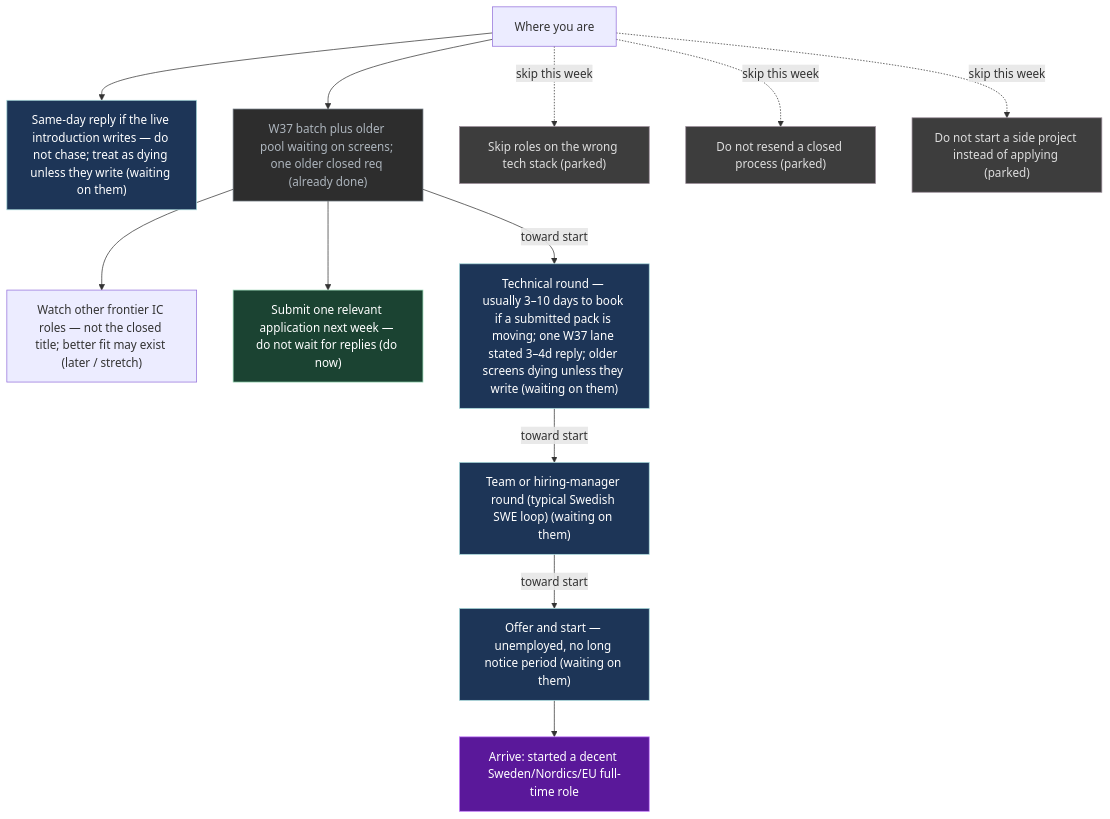
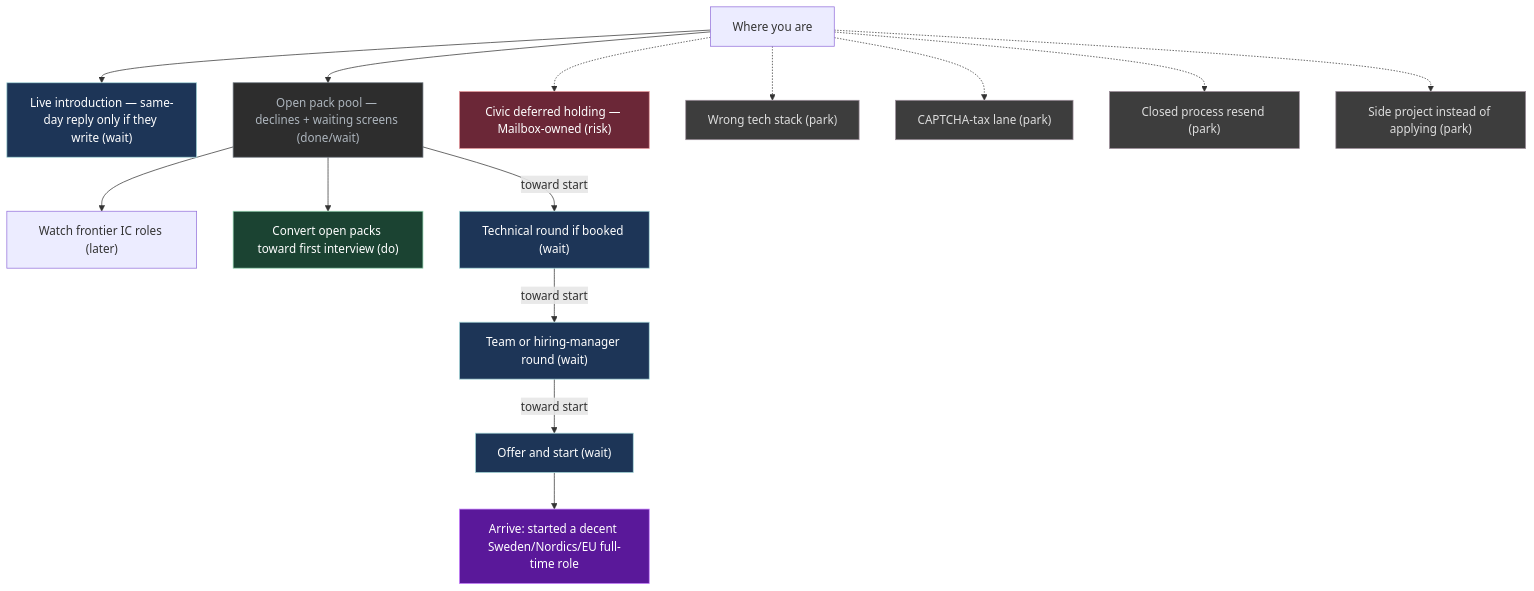
One commit to p10ns11y/life-os changed the diagram in UI/Mission.md. Above: the diagram before and after it, drawn with Mermaid. The commit also changed other lines of this file and 2 other files, not shown here.

First line of the commit message:
Scrub mission standing for W37 close: Wait + interview conversion

````diff
--- a/UI/Mission.md
+++ b/UI/Mission.md
@@ -67,36 +69,42 @@
 ```mermaid
 flowchart TB
   x["Where you are"]
   G["Arrive: started a decent Sweden/Nordics/EU full-time role"]
-  S0["Same-day reply if the live introduction writes — do not chase; treat as dying unless they write (waiting on them)"]
-  S1["W37 batch plus older pool waiting on screens; one older closed req (already done)"]
-  S2["Watch other frontier IC roles — not the closed title; better fit may exist (later / stretch)"]
-  S3["Submit one relevant application next week — do not wait for replies (do now)"]
-  S4["Technical round — usually 3–10 days to book if a submitted pack is moving; one W37 lane stated 3–4d reply; older screens dying unless they write (waiting on them)"]
-  S4b["Team or hiring-manager round (typical Swedish SWE loop) (waiting on them)"]
-  S5["Offer and start — unemployed, no long notice period (waiting on them)"]
-  P1["Skip roles on the wrong tech stack (parked)"]
-  P2["Do not resend a closed process (parked)"]
-  P3["Do not start a side project instead of applying (parked)"]
+  S0["Live introduction — same-day reply only if they write (wait)"]
+  S1["Open pack pool — declines + waiting screens (done/wait)"]
+  S2["Watch frontier IC roles (later)"]
+  S3["Convert open packs toward first interview (do)"]
+  S4["Technical round if booked (wait)"]
+  S4b["Team or hiring-manager round (wait)"]
+  S5["Offer and start (wait)"]
+  R1["Civic deferred holding — Mailbox-owned (risk)"]
+  P1["Wrong tech stack (park)"]
+  P2["CAPTCHA-tax lane (park)"]
+  P3["Closed process resend (park)"]
+  P4["Side project instead of applying (park)"]
   x --> S0
   x --> S1
   S1 --> S2
   S1 --> S3
   S1 -->|"toward start"| S4
   S4 -->|"toward start"| S4b
   S4b -->|"toward start"| S5
-  x -.->|"skip this week"| P1
-  x -.->|"skip this week"| P2
-  x -.->|"skip this week"| P3
+  x -.-> R1
+  x -.-> P1
+  x -.-> P2
+  x -.-> P3
+  x -.-> P4
   S5 --> G
   classDef do fill:#1b4332,stroke:#95d5b2,color:#fff
   classDef wait fill:#1d3557,stroke:#a8dadc,color:#fff
+  classDef risk fill:#6b2737,stroke:#e5989b,color:#fff
   classDef park fill:#3d3d3d,stroke:#9a8c98,color:#ddd
   classDef done fill:#2d2d2d,stroke:#6c757d,color:#adb5bd
   classDef goal fill:#5a189a,stroke:#c77dff,color:#fff
   class G goal
   class S3 do
   class S0,S4,S4b,S5 wait
-  class P1,P2,P3 park
+  class R1 risk
+  class P1,P2,P3,P4 park
   class S1 done
 ```
````
